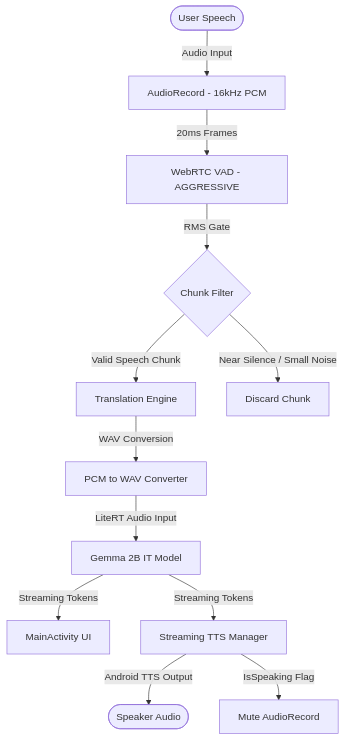
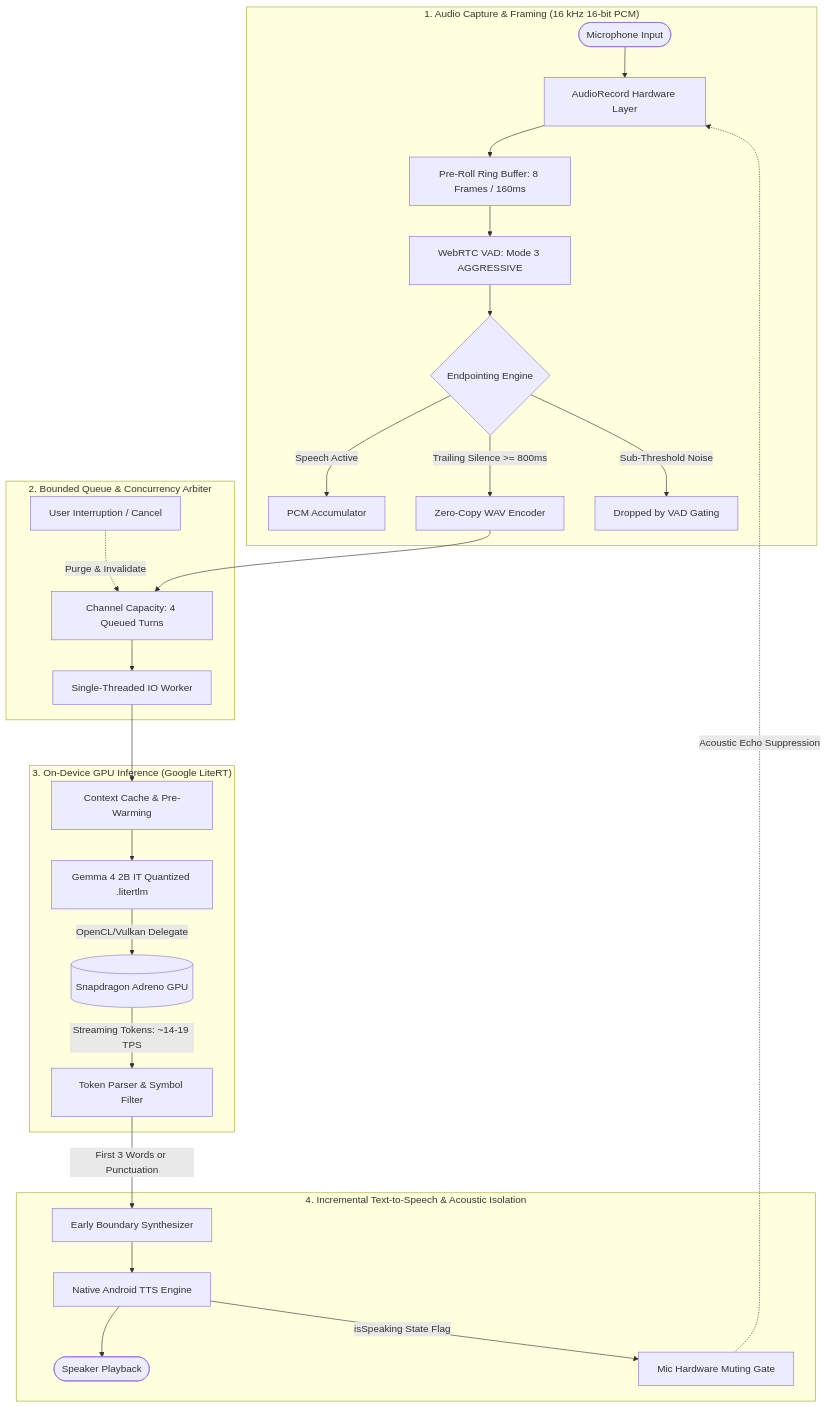
One commit to vishalvermauts/SyncDialect changed the first of 3 diagrams in README.md. Above: the diagram before and after it, drawn with Mermaid. The commit also changed other lines of this file and 32 other files, not shown here.

Commit message:
feat: update SyncDialect with on-device benchmark results, architecture diagrams, UI screenshots, and telemetry

````diff
--- a/README.md
+++ b/README.md
@@ -13,17 +68,33 @@
 ```mermaid
 graph TD
-    User([User Speech]) -->|Audio Input| AudioRecord[AudioRecord - 16kHz PCM]
-    AudioRecord -->|20ms Frames| VAD[WebRTC VAD - AGGRESSIVE]
-    VAD -->|RMS Gate| ChunkFilter{Chunk Filter}
-    ChunkFilter -->|Valid Speech Chunk| TransEngine[Translation Engine]
-    ChunkFilter -->|Near Silence / Small Noise| Discard[Discard Chunk]
-    
-    TransEngine -->|WAV Conversion| WAV[PCM to WAV Converter]
-    WAV -->|LiteRT Audio Input| Gemma[Gemma 2B IT Model]
-    
-    Gemma -->|Streaming Tokens| UI[MainActivity UI]
-    Gemma -->|Streaming Tokens| TTS[Streaming TTS Manager]
-    
-    TTS -->|Android TTS Output| Speaker([Speaker Audio])
-    TTS -->|IsSpeaking Flag| AudioRecordMute[Mute AudioRecord]
+    subgraph AudioCapture["1. Audio Capture & Framing (16 kHz 16-bit PCM)"]
+        Mic([Microphone Input]) --> AudioRecord[AudioRecord Hardware Layer]
+        AudioRecord --> RingBuffer[Pre-Roll Ring Buffer: 8 Frames / 160ms]
+        RingBuffer --> VAD[WebRTC VAD: Mode 3 AGGRESSIVE]
+        VAD --> Endpointing{Endpointing Engine}
+        Endpointing -->|Speech Active| Accumulator[PCM Accumulator]
+        Endpointing -->|Trailing Silence >= 800ms| WAVEncoder[Zero-Copy WAV Encoder]
+        Endpointing -->|Sub-Threshold Noise| Drop[Dropped by VAD Gating]
+    end
+
+    subgraph BoundedQueue["2. Bounded Queue & Concurrency Arbiter"]
+        WAVEncoder --> Queue[Channel Capacity: 4 Queued Turns]
+        Queue --> Worker[Single-Threaded IO Worker]
+        CancelSignal[User Interruption / Cancel] -.->|Purge & Invalidate| Queue
+    end
+
+    subgraph EdgeInference["3. On-Device GPU Inference (Google LiteRT)"]
+        Worker --> ContextPrewarm[Context Cache & Pre-Warming]
+        ContextPrewarm --> Gemma[Gemma 4 2B IT Quantized .litertlm]
+        Gemma -->|OpenCL/Vulkan Delegate| GPU[(Snapdragon Adreno GPU)]
+        GPU -->|Streaming Tokens: ~14-19 TPS| TokenParser[Token Parser & Symbol Filter]
+    end
+
+    subgraph StreamingAudio["4. Incremental Text-to-Speech & Acoustic Isolation"]
+        TokenParser -->|First 3 Words or Punctuation| TTSBuffer[Early Boundary Synthesizer]
+        TTSBuffer --> AndroidTTS[Native Android TTS Engine]
+        AndroidTTS --> Speaker([Speaker Playback])
+        AndroidTTS -->|isSpeaking State Flag| MicGate[Mic Hardware Muting Gate]
+        MicGate -.->|Acoustic Echo Suppression| AudioRecord
+    end
 ```
````
